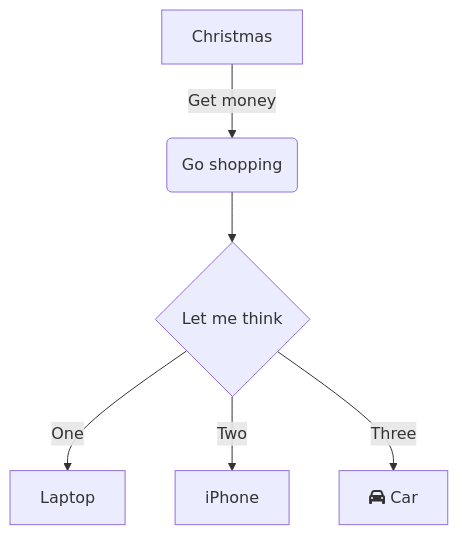
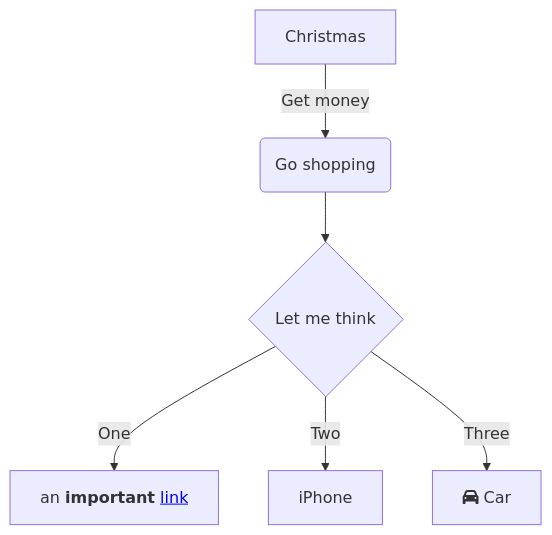
One commit to agstephens/proto-jasmin-mermaid-docs changed the diagram in README.md. Above: the diagram before and after it, drawn with Mermaid.

````diff
--- a/README.md
+++ b/README.md
@@ -70,12 +70,12 @@
 ```mermaid
 
 flowchart TD
     A[Christmas] -->|Get money| B(Go shopping)
     B --> C{Let me think}
     C -->|One| D[Laptop]
     C -->|Two| E[iPhone]
     C -->|Three| F[fa:fa-car Car]
-    
+    D[an <b>important</b> <a href='#Here'>link</a>]
     click B href "https://github.com" "Link to GitHub"
     click C "#Here"
 ```
````
